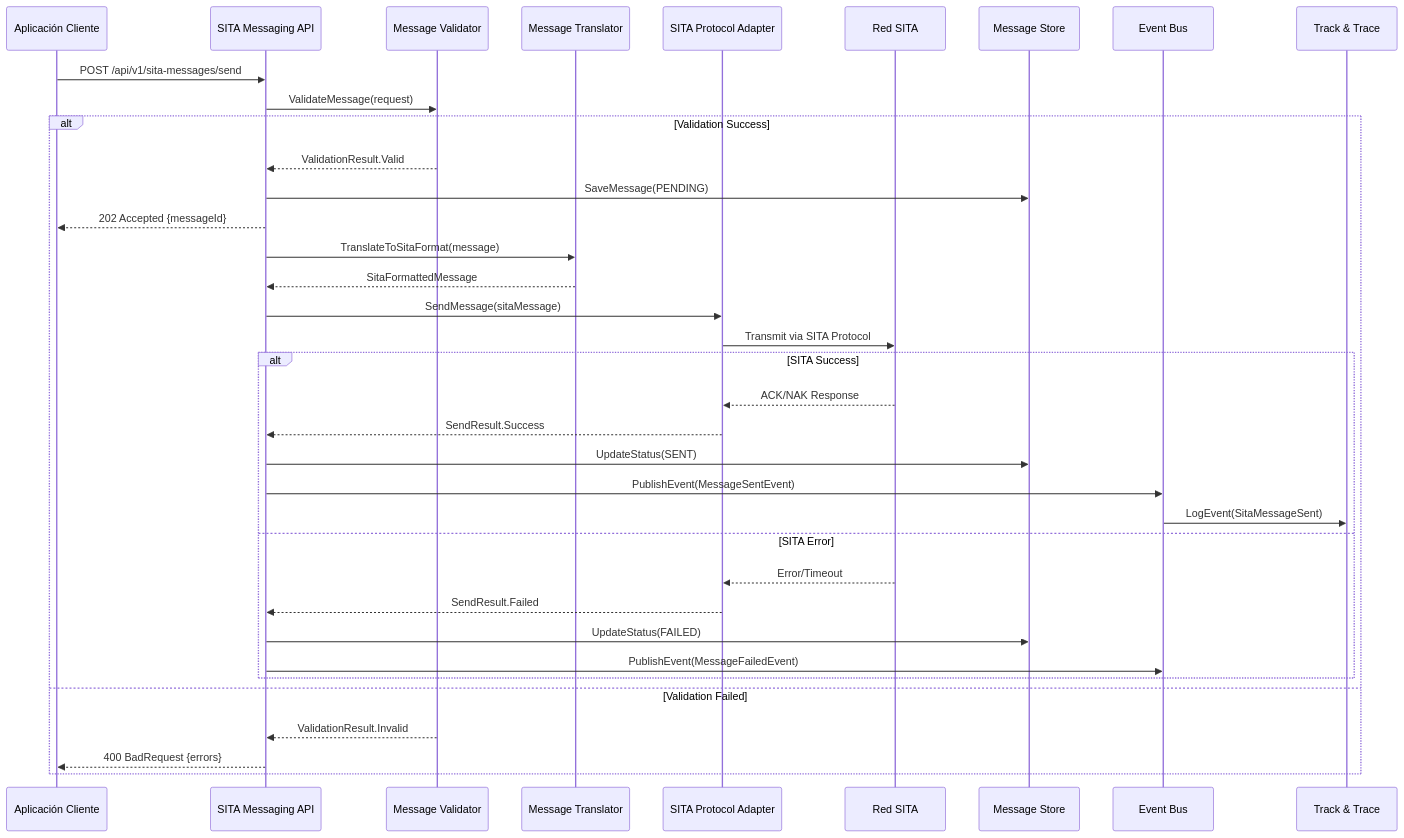
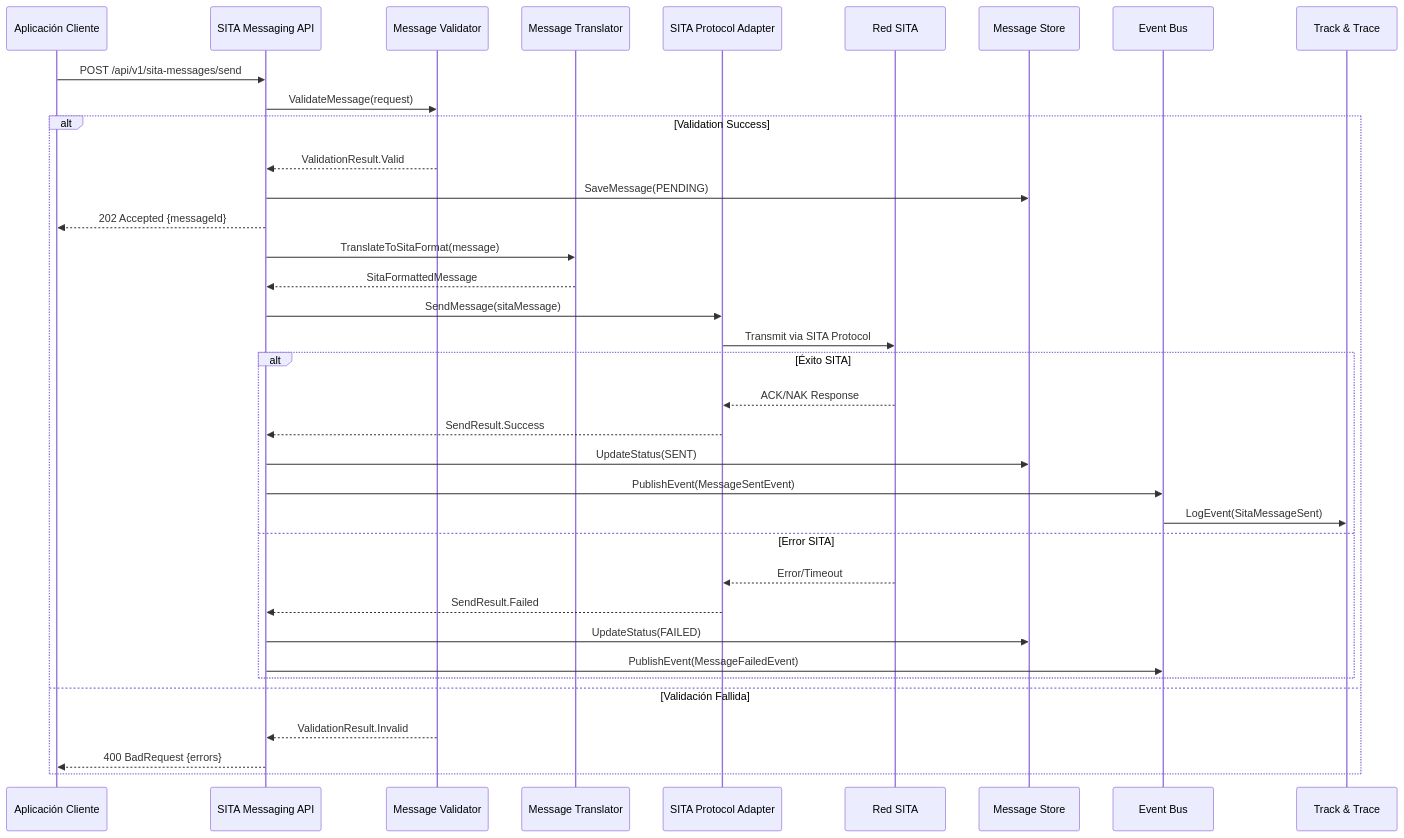
The first of 3 diagrams in docs/servicio-mensajeria-sita/06-vista-tiempo-ejecucion.md (jclemente-tlm/tlm-arq-servicios-corporativos), drawn with Mermaid before and after one commit. The commit also changed other lines of this file and 48 other files, not shown here.

````diff
--- a/docs/servicio-mensajeria-sita/06-vista-tiempo-ejecucion.md
+++ b/docs/servicio-mensajeria-sita/06-vista-tiempo-ejecucion.md
@@ -7,44 +7,44 @@
 ```mermaid
 sequenceDiagram
     participant App as Aplicación Cliente
     participant API as SITA Messaging API
     participant Validator as Message Validator
     participant Translator as Message Translator
     participant Adapter as SITA Protocol Adapter
     participant SITA as Red SITA
     participant DB as Message Store
     participant Kafka as Event Bus
     participant Track as Track & Trace
 
     App->>API: POST /api/v1/sita-messages/send
     API->>Validator: ValidateMessage(request)
 
     alt Validation Success
         Validator-->>API: ValidationResult.Valid
         API->>DB: SaveMessage(PENDING)
         API-->>App: 202 Accepted {messageId}
 
         API->>Translator: TranslateToSitaFormat(message)
         Translator-->>API: SitaFormattedMessage
 
         API->>Adapter: SendMessage(sitaMessage)
         Adapter->>SITA: Transmit via SITA Protocol
 
-        alt SITA Success
+        alt Éxito SITA
             SITA-->>Adapter: ACK/NAK Response
             Adapter-->>API: SendResult.Success
             API->>DB: UpdateStatus(SENT)
             API->>Kafka: PublishEvent(MessageSentEvent)
             Kafka->>Track: LogEvent(SitaMessageSent)
-        else SITA Error
+        else Error SITA
             SITA-->>Adapter: Error/Timeout
             Adapter-->>API: SendResult.Failed
             API->>DB: UpdateStatus(FAILED)
             API->>Kafka: PublishEvent(MessageFailedEvent)
         end
 
-    else Validation Failed
+    else Validación Fallida
         Validator-->>API: ValidationResult.Invalid
         API-->>App: 400 BadRequest {errors}
     end
 ```
````
